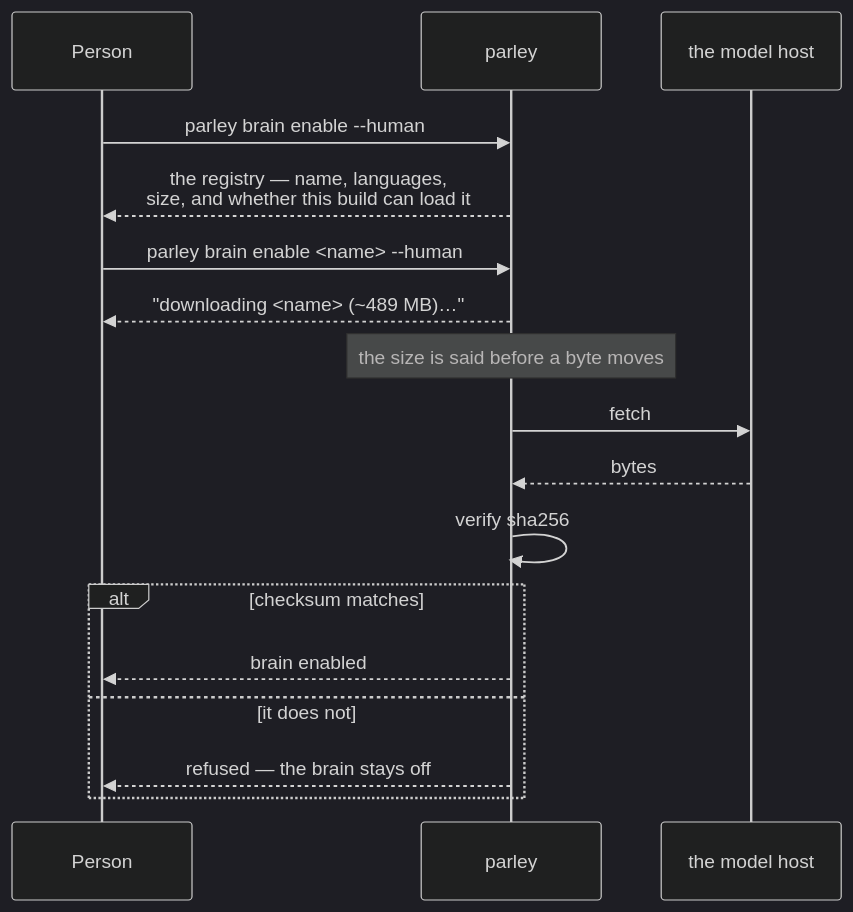
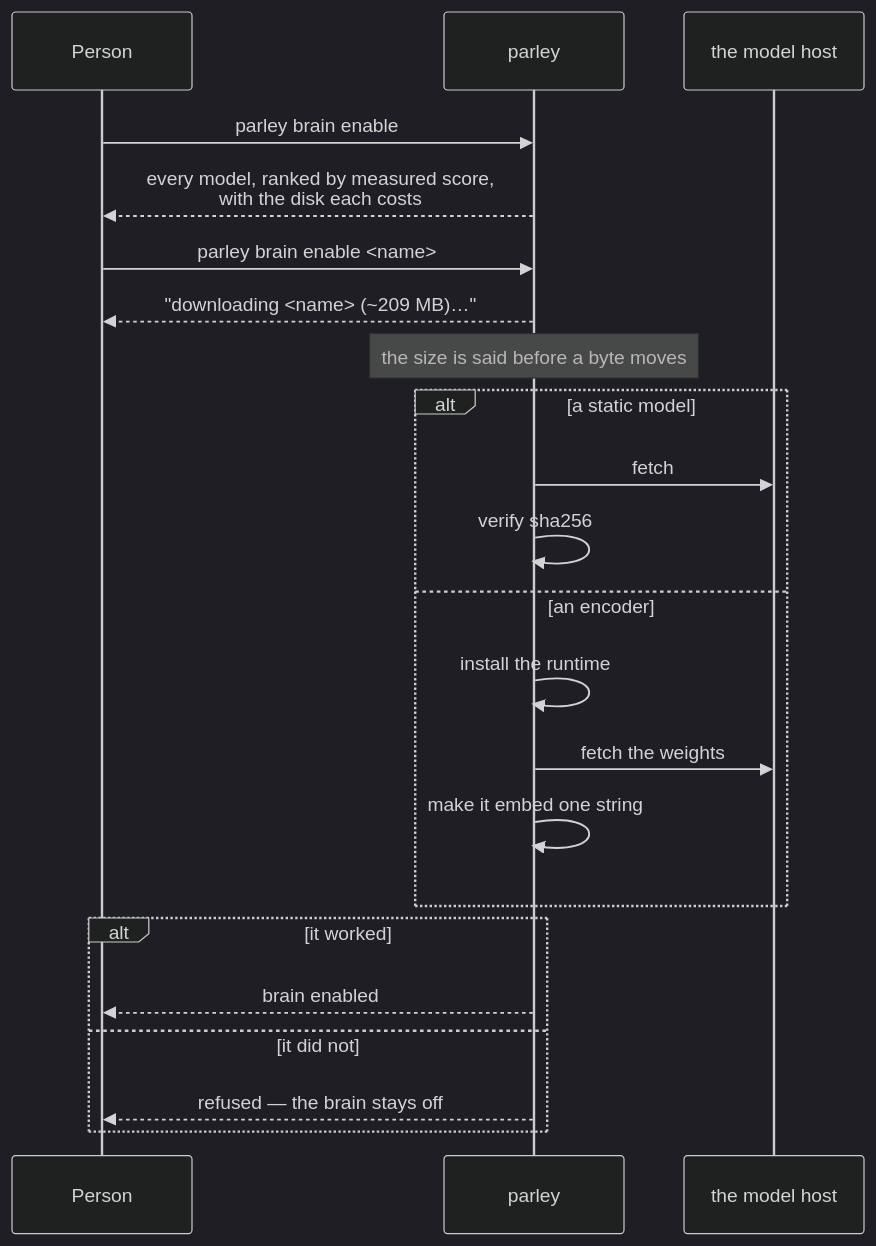
One commit to marcus-campos/parley changed the third of 4 diagrams in docs/concepts/recall.md. Above: the diagram before and after it, drawn with Mermaid (dark theme). The commit also changed other lines of this file and 24 other files, not shown here.

````diff
--- a/docs/concepts/recall.md
+++ b/docs/concepts/recall.md
@@ -136,20 +162,25 @@
 ```mermaid
 sequenceDiagram
     participant P as Person
     participant CLI as parley
     participant HF as the model host
 
-    P->>CLI: parley brain enable --human
-    CLI-->>P: the registry — name, languages,<br/>size, and whether this build can load it
-    P->>CLI: parley brain enable <name> --human
-    CLI-->>P: "downloading <name> (~489 MB)…"
+    P->>CLI: parley brain enable
+    CLI-->>P: every model, ranked by measured score,<br/>with the disk each costs
+    P->>CLI: parley brain enable <name>
+    CLI-->>P: "downloading <name> (~209 MB)…"
     Note over CLI: the size is said before a byte moves
-    CLI->>HF: fetch
-    HF-->>CLI: bytes
-    CLI->>CLI: verify sha256
-    alt checksum matches
+    alt a static model
+        CLI->>HF: fetch
+        CLI->>CLI: verify sha256
+    else an encoder
+        CLI->>CLI: install the runtime
+        CLI->>HF: fetch the weights
+        CLI->>CLI: make it embed one string
+    end
+    alt it worked
         CLI-->>P: brain enabled
-    else it does not
+    else it did not
         CLI-->>P: refused — the brain stays off
     end
 ```
````
